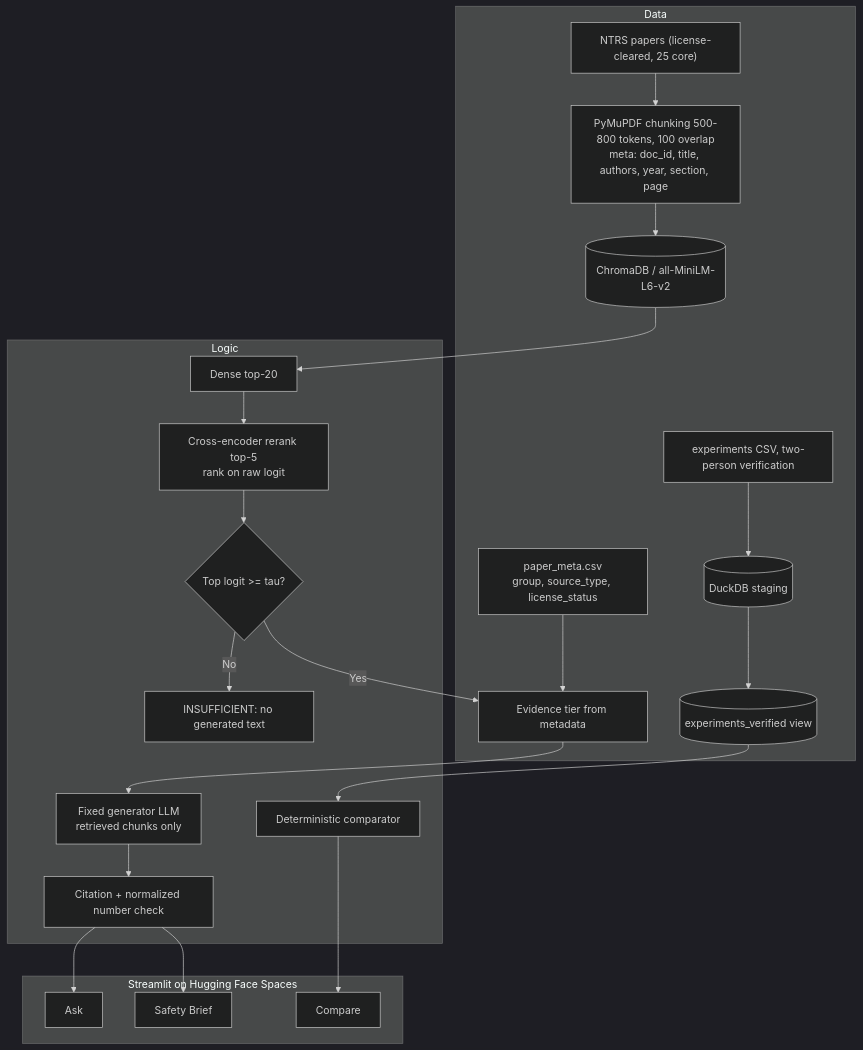
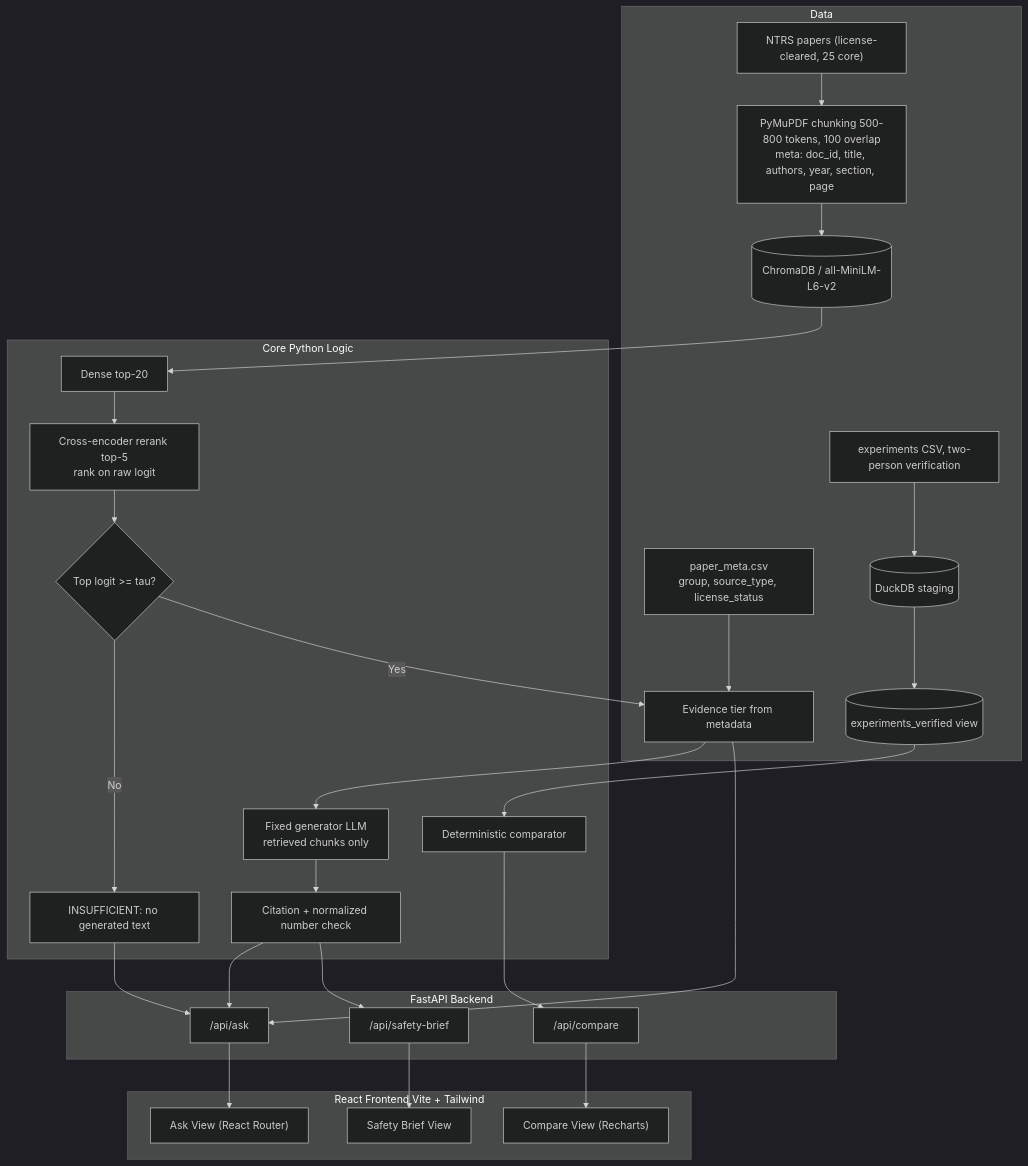
Before and after one commit to Dharaneeshsl/Nasa-Space-Apps-Challenge: the diagram in CombustionLens_FINAL_PLAN.md, drawn with Mermaid (dark theme). The commit also changed other lines of this file and 1 other file, not shown here.

Commit message:
docs: lock final tech stack (React 18 + FastAPI + Docker SDK)

````diff
--- a/CombustionLens_FINAL_PLAN.md
+++ b/CombustionLens_FINAL_PLAN.md
@@ -73,24 +110,32 @@
 ```mermaid
 flowchart TD
     subgraph Data
         NTRS["NTRS papers (license-cleared, 25 core)"] --> Ingest["PyMuPDF chunking 500-800 tokens, 100 overlap<br/>meta: doc_id, title, authors, year, section, page"]
         Ingest --> Chroma[("ChromaDB / all-MiniLM-L6-v2")]
         Meta["paper_meta.csv<br/>group, source_type, license_status"] --> Tier
         CSV["experiments CSV, two-person verification"] --> Stg[("DuckDB staging")]
         Stg --> Ver[("experiments_verified view")]
     end
-    subgraph Logic
+
+    subgraph Core Python Logic
         Chroma --> Ret["Dense top-20"] --> RR["Cross-encoder rerank top-5<br/>rank on raw logit"]
         RR --> Gate{"Top logit >= tau?"}
         Gate -- No --> Refuse["INSUFFICIENT: no generated text"]
         Gate -- Yes --> Tier["Evidence tier from metadata"]
         Tier --> Gen["Fixed generator LLM<br/>retrieved chunks only"]
         Gen --> Check["Citation + normalized number check"]
         Ver --> Cmp["Deterministic comparator"]
     end
-    subgraph UI["Streamlit on Hugging Face Spaces"]
-        Check --> Ask
-        Cmp --> Compare
-        Check --> Brief["Safety Brief"]
+
+    subgraph FastAPI Backend
+        Refuse & Check & Tier --> API_Ask["/api/ask"]
+        Cmp --> API_Compare["/api/compare"]
+        Check --> API_Brief["/api/safety-brief"]
+    end
+
+    subgraph React Frontend Vite + Tailwind
+        API_Ask --> UI_Ask["Ask View (React Router)"]
+        API_Compare --> UI_Compare["Compare View (Recharts)"]
+        API_Brief --> UI_Brief["Safety Brief View"]
     end
 ```
````
